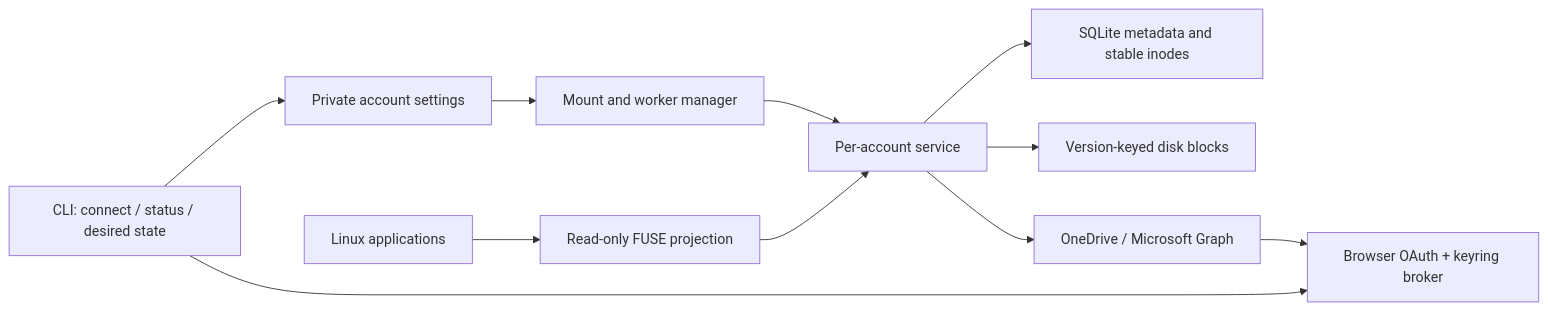
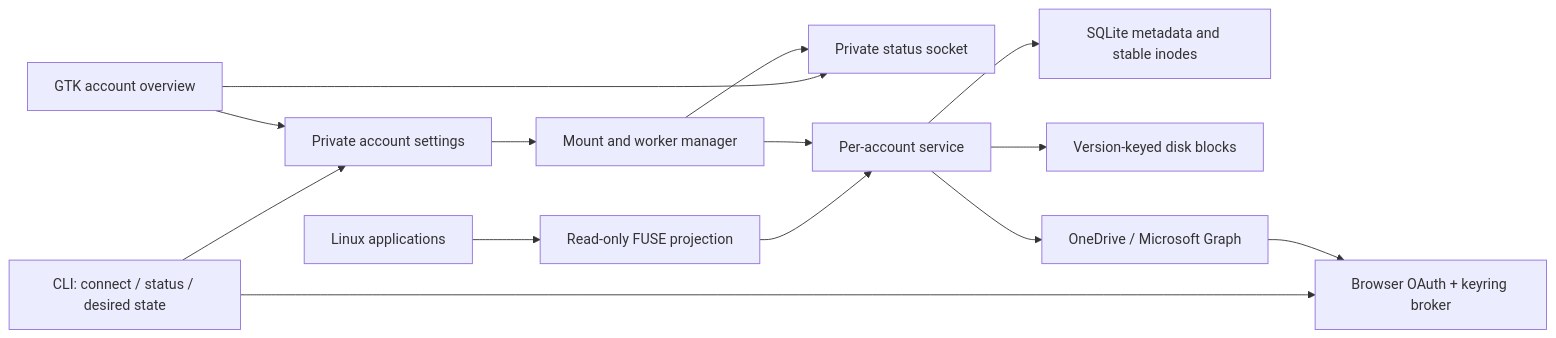
The diagram in docs/architecture.md (Dandiccf/cirrove), drawn with Mermaid before and after one commit. The commit also changed other lines of this file and 21 other files, not shown here.

Commit message:
Add native account overview and confirmed mount controls

````diff
--- a/docs/architecture.md
+++ b/docs/architecture.md
@@ -23,13 +23,16 @@
 ```mermaid
 flowchart LR
     CLI[CLI: connect / status / desired state] --> Settings[Private account settings]
     CLI --> Auth[Browser OAuth + keyring broker]
+    Desktop[GTK account overview] --> Settings
+    Desktop --> Status[Private status socket]
+    Manager --> Status
     Apps[Linux applications] --> FUSE[Read-only FUSE projection]
     FUSE --> Engine[Per-account service]
     Engine --> Store[SQLite metadata and stable inodes]
     Engine --> Cache[Version-keyed disk blocks]
     Engine --> Graph[OneDrive / Microsoft Graph]
     Graph --> Auth
     Settings --> Manager[Mount and worker manager]
     Manager --> Engine
 ```
````
